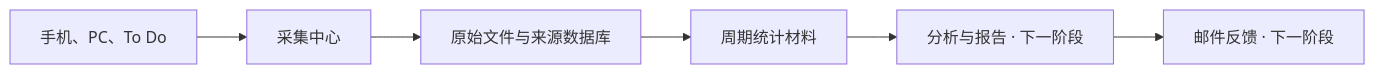
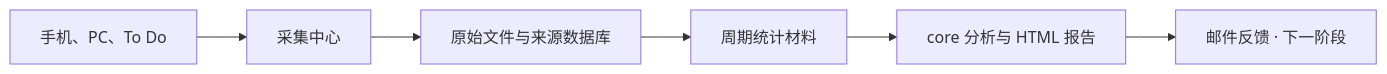
One commit to LinHsuancheng/Self-Harness changed the diagram in README.md. Above: the diagram before and after it, drawn with Mermaid. The commit also changed other lines of this file and 7 other files, not shown here.

````diff
--- a/README.md
+++ b/README.md
@@ -23,8 +23,8 @@
 ```mermaid
 flowchart LR
     A[手机、PC、To Do] --> B[采集中心]
     B --> C[原始文件与来源数据库]
     C --> D[周期统计材料]
-    D --> E[分析与报告 · 下一阶段]
+    D --> E[core 分析与 HTML 报告]
     E --> F[邮件反馈 · 下一阶段]
 ```
````
